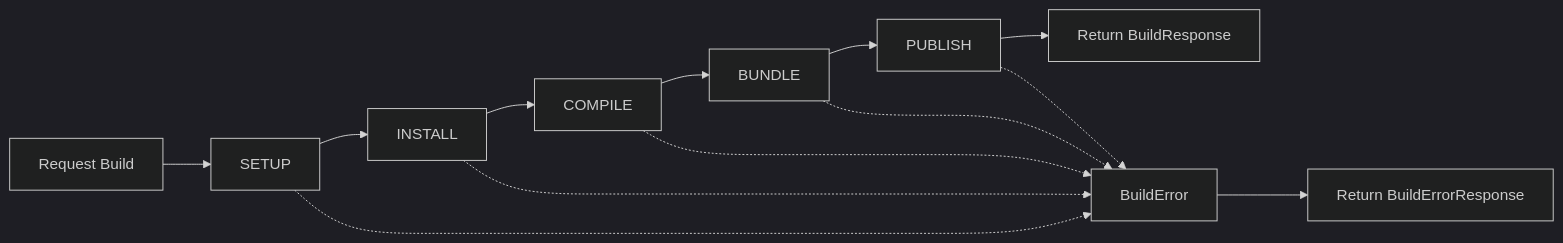
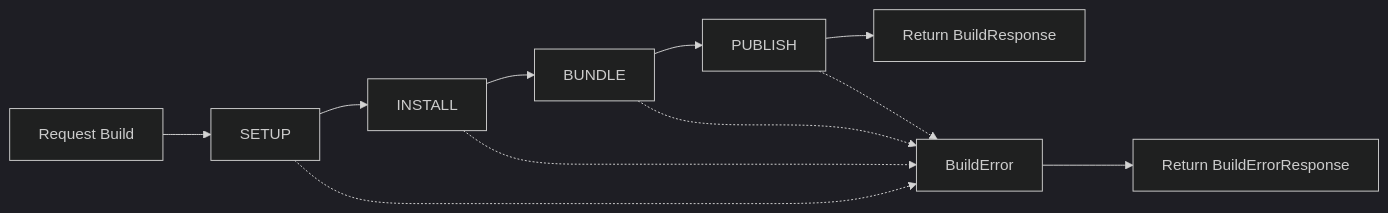
Before and after one commit to pistillo/stillum-business-central: the diagram in documents/docs/modules/npm-build-service.md, drawn with Mermaid (dark theme). The commit also changed other lines of this file and 18 other files, not shown here.

````diff
--- a/documents/docs/modules/npm-build-service.md
+++ b/documents/docs/modules/npm-build-service.md
@@ -96,16 +96,14 @@
 ```mermaid
 flowchart LR
   A[Request Build] --> B[SETUP]
   B --> C[INSTALL]
-  C --> D[COMPILE]
-  D --> E[BUNDLE]
-  E --> F[PUBLISH]
-  F --> G[Return BuildResponse]
+  C --> D[BUNDLE]
+  D --> E[PUBLISH]
+  E --> F[Return BuildResponse]
 
   B -.-> H[BuildError]
   C -.-> H
   D -.-> H
   E -.-> H
-  F -.-> H
   H --> I[Return BuildErrorResponse]
 ```
````
